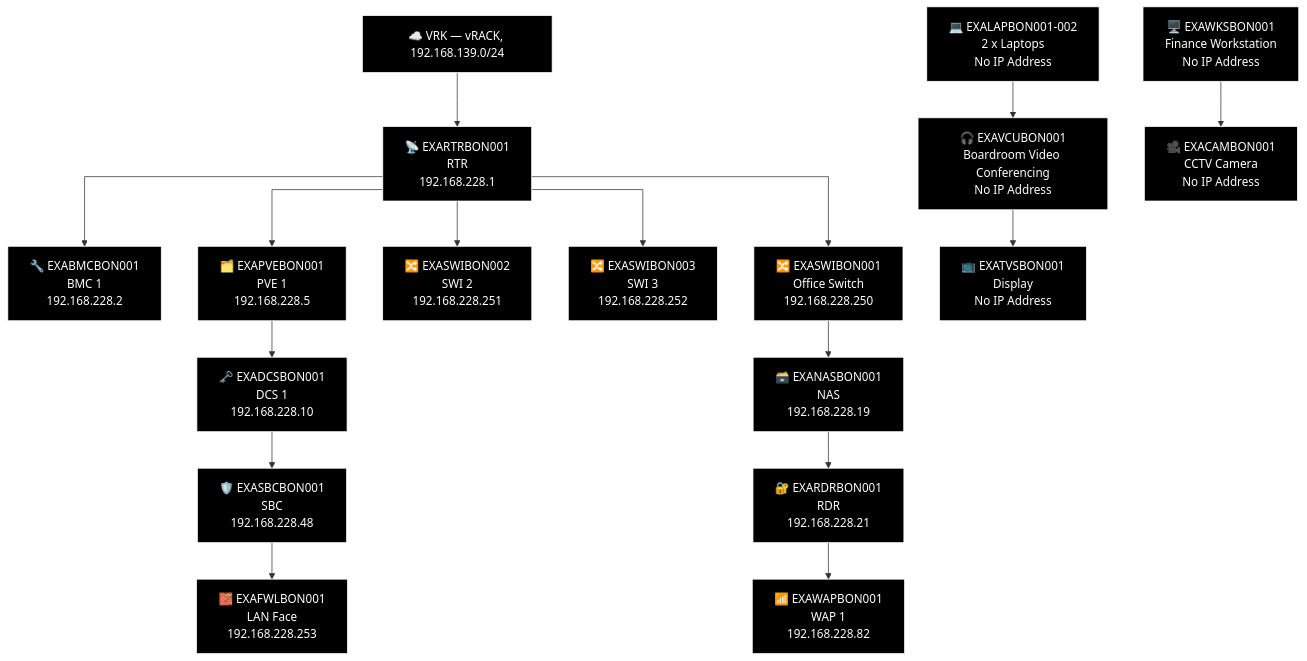
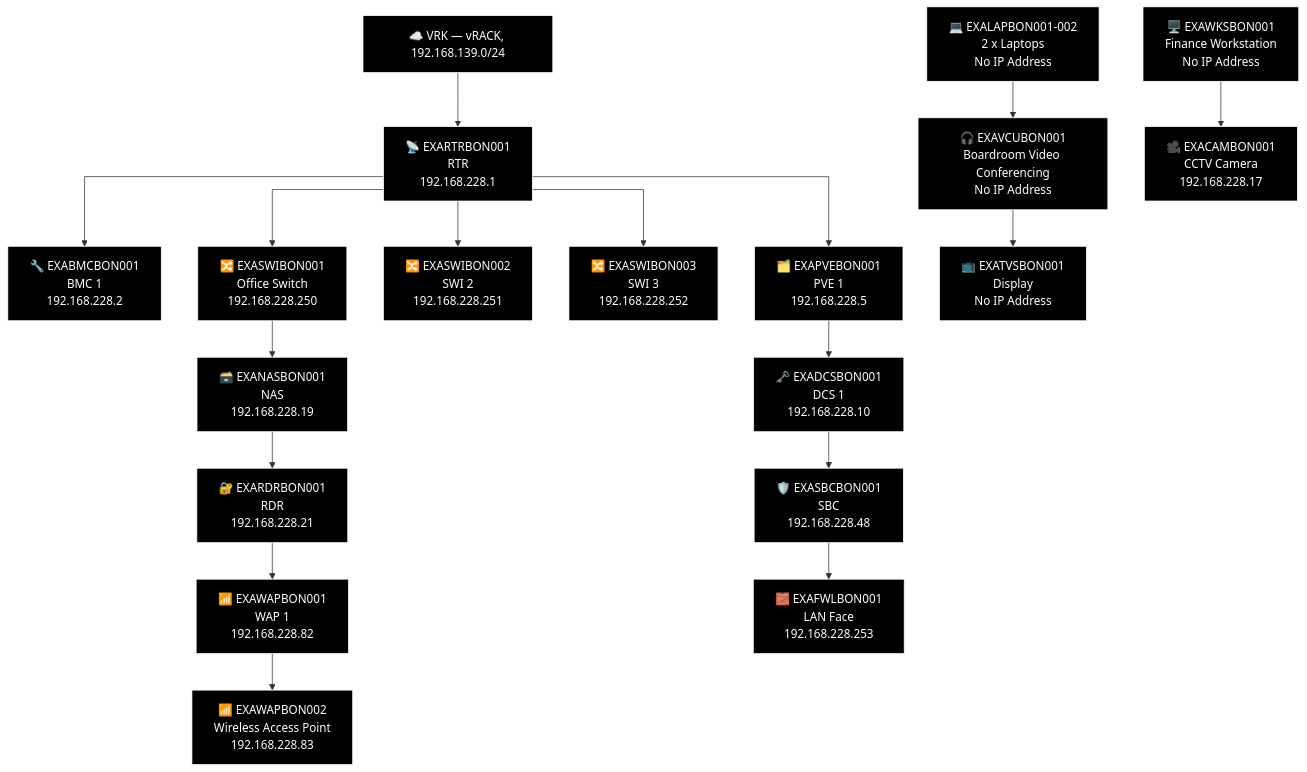
The third of 13 diagrams in docs/network-diagram/deutschland.md (knightmare2600/example_music_infra), drawn with Mermaid before and after one commit. The commit also changed 25 other files, not shown here.

````diff
--- a/docs/network-diagram/deutschland.md
+++ b/docs/network-diagram/deutschland.md
@@ -106,52 +106,54 @@
 ```mermaid
 %% GENERATED:TOPOLOGY:BON:START
 %%{init: {'flowchart': {'curve': 'stepAfter'}}}%%
 graph TD
     T_VRK["☁️ VRK — vRACK, 192.168.139.0/24"]
     T_RTR["📡 EXARTRBON001<br/>RTR<br/>192.168.228.1"]
     T_VRK --> T_RTR
     T_BMC["🔧 EXABMCBON001<br/>BMC 1<br/>192.168.228.2"]
     T_RTR --> T_BMC
     T_PVE["🗂️ EXAPVEBON001<br/>PVE 1<br/>192.168.228.5"]
     T_RTR --> T_PVE
     T_SWI["🔀 EXASWIBON002<br/>SWI 2<br/>192.168.228.251"]
     T_RTR --> T_SWI
     T_SWI2["🔀 EXASWIBON003<br/>SWI 3<br/>192.168.228.252"]
     T_RTR --> T_SWI2
     T_SWI3["🔀 EXASWIBON001<br/>Office Switch<br/>192.168.228.250"]
     T_RTR --> T_SWI3
     T_NAS["🗃️ EXANASBON001<br/>NAS<br/>192.168.228.19"]
     T_RDR["🔐 EXARDRBON001<br/>RDR<br/>192.168.228.21"]
     T_WAP["📶 EXAWAPBON001<br/>WAP 1<br/>192.168.228.82"]
-    T_SWI3 --> T_NAS --> T_RDR --> T_WAP
+    T_WAP2["📶 EXAWAPBON002<br/>Wireless Access Point<br/>192.168.228.83"]
+    T_SWI3 --> T_NAS --> T_RDR --> T_WAP --> T_WAP2
     T_DCS["🗝️ EXADCSBON001<br/>DCS 1<br/>192.168.228.10"]
     T_SBC["🛡️ EXASBCBON001<br/>SBC<br/>192.168.228.48"]
     T_FWL["🧱 EXAFWLBON001<br/>LAN Face<br/>192.168.228.253"]
     T_PVE --> T_DCS --> T_SBC --> T_FWL
     T_OTH_LAP["💻 EXALAPBON001-002<br/>2 x Laptops<br/>No IP Address"]
     T_WKS["🖥️ EXAWKSBON001<br/>Finance Workstation<br/>No IP Address"]
     T_VCU["🎧 EXAVCUBON001<br/>Boardroom Video Conferencing<br/>No IP Address"]
-    T_CAM["🎥 EXACAMBON001<br/>CCTV Camera<br/>No IP Address"]
+    T_CAM["🎥 EXACAMBON001<br/>CCTV Camera<br/>192.168.228.17"]
     T_TVS["📺 EXATVSBON001<br/>Display<br/>No IP Address"]
     T_OTH_LAP --> T_VCU --> T_TVS
     T_WKS --> T_CAM
     style T_VRK fill:#000000,stroke:#FFFFFF,color:#FFFFFF
     style T_RTR fill:#000000,stroke:#FFFFFF,color:#FFFFFF
     style T_BMC fill:#000000,stroke:#FFFFFF,color:#FFFFFF
     style T_PVE fill:#000000,stroke:#FFFFFF,color:#FFFFFF
     style T_SWI fill:#000000,stroke:#FFFFFF,color:#FFFFFF
     style T_SWI2 fill:#000000,stroke:#FFFFFF,color:#FFFFFF
     style T_SWI3 fill:#000000,stroke:#FFFFFF,color:#FFFFFF
     style T_NAS fill:#000000,stroke:#FFFFFF,color:#FFFFFF
     style T_RDR fill:#000000,stroke:#FFFFFF,color:#FFFFFF
     style T_WAP fill:#000000,stroke:#FFFFFF,color:#FFFFFF
+    style T_WAP2 fill:#000000,stroke:#FFFFFF,color:#FFFFFF
     style T_DCS fill:#000000,stroke:#FFFFFF,color:#FFFFFF
     style T_SBC fill:#000000,stroke:#FFFFFF,color:#FFFFFF
     style T_FWL fill:#000000,stroke:#FFFFFF,color:#FFFFFF
     style T_OTH_LAP fill:#000000,stroke:#FFFFFF,color:#FFFFFF
     style T_WKS fill:#000000,stroke:#FFFFFF,color:#FFFFFF
     style T_VCU fill:#000000,stroke:#FFFFFF,color:#FFFFFF
     style T_CAM fill:#000000,stroke:#FFFFFF,color:#FFFFFF
     style T_TVS fill:#000000,stroke:#FFFFFF,color:#FFFFFF
 %% GENERATED:TOPOLOGY:BON:END
 ```
````
